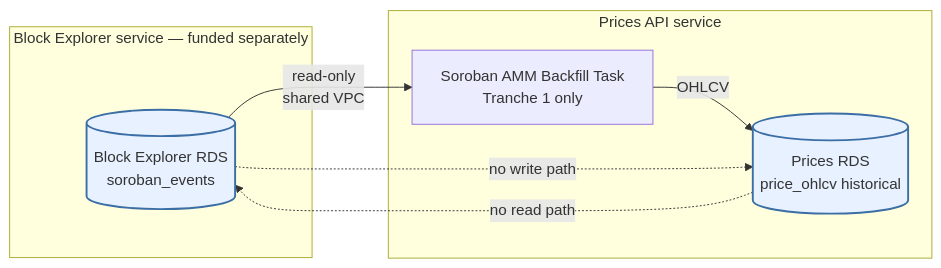
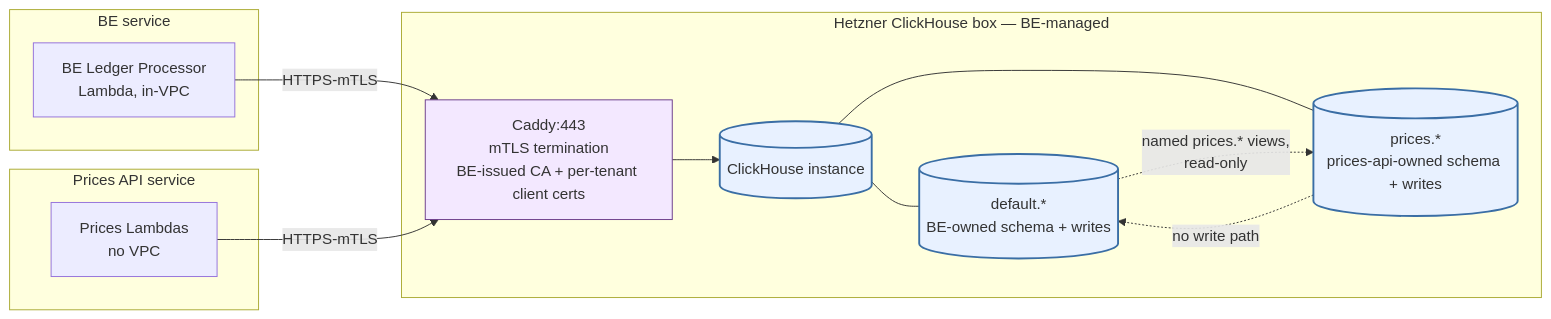
One commit to rumblefishdev/stellar-prices-api changed diagram 11 of 13 in docs/database-schema/database-schema-overview.md. Above: the diagram before and after it, drawn with Mermaid. The commit also changed other lines of this file and 2 other files, not shown here.

First line of the commit message:
docs(lore-0049): rewrite database-schema/ for ADR 0007 (Hetzner CH)

````diff
--- a/docs/database-schema/database-schema-overview.md
+++ b/docs/database-schema/database-schema-overview.md
@@ -1167,20 +1401,28 @@
 ```mermaid
 flowchart LR
-    subgraph BE[Block Explorer service — funded separately]
-        BErds[(Block Explorer RDS<br/>soroban_events)]
+    subgraph Hetzner[Hetzner ClickHouse box — BE-managed]
+        Caddy[Caddy:443<br/>mTLS termination<br/>BE-issued CA + per-tenant client certs]
+        CHinst[(ClickHouse instance)]
+        defaultDB[(default.*<br/>BE-owned schema + writes)]
+        pricesDB[(prices.*<br/>prices-api-owned schema + writes)]
+        Caddy --> CHinst
+        CHinst --- defaultDB
+        CHinst --- pricesDB
+    end
+
+    subgraph BE[BE service]
+        BELambda[BE Ledger Processor<br/>Lambda, in-VPC] -->|HTTPS-mTLS| Caddy
     end
 
     subgraph PA[Prices API service]
-        AMM[Soroban AMM Backfill Task<br/>Tranche 1 only]
-        PArds[(Prices RDS<br/>price_ohlcv historical)]
+        PALambdas[Prices Lambdas<br/>no VPC] -->|HTTPS-mTLS| Caddy
     end
 
-    BErds -->|read-only<br/>shared VPC| AMM
-    AMM -->|OHLCV| PArds
-
-    BErds -. "no write path" .-> PArds
-    PArds -. "no read path" .-> BErds
+    pricesDB -. "no write path" .-> defaultDB
+    defaultDB -. "named prices.* views,<br/>read-only" .-> pricesDB
 
     classDef store fill:#e8f1ff,stroke:#3a6ea5,stroke-width:2px;
-    class BErds,PArds store;
+    classDef external fill:#f3e8ff,stroke:#6a3a8a,stroke-width:1px;
+    class CHinst,defaultDB,pricesDB store;
+    class Caddy external;
 ```
````
